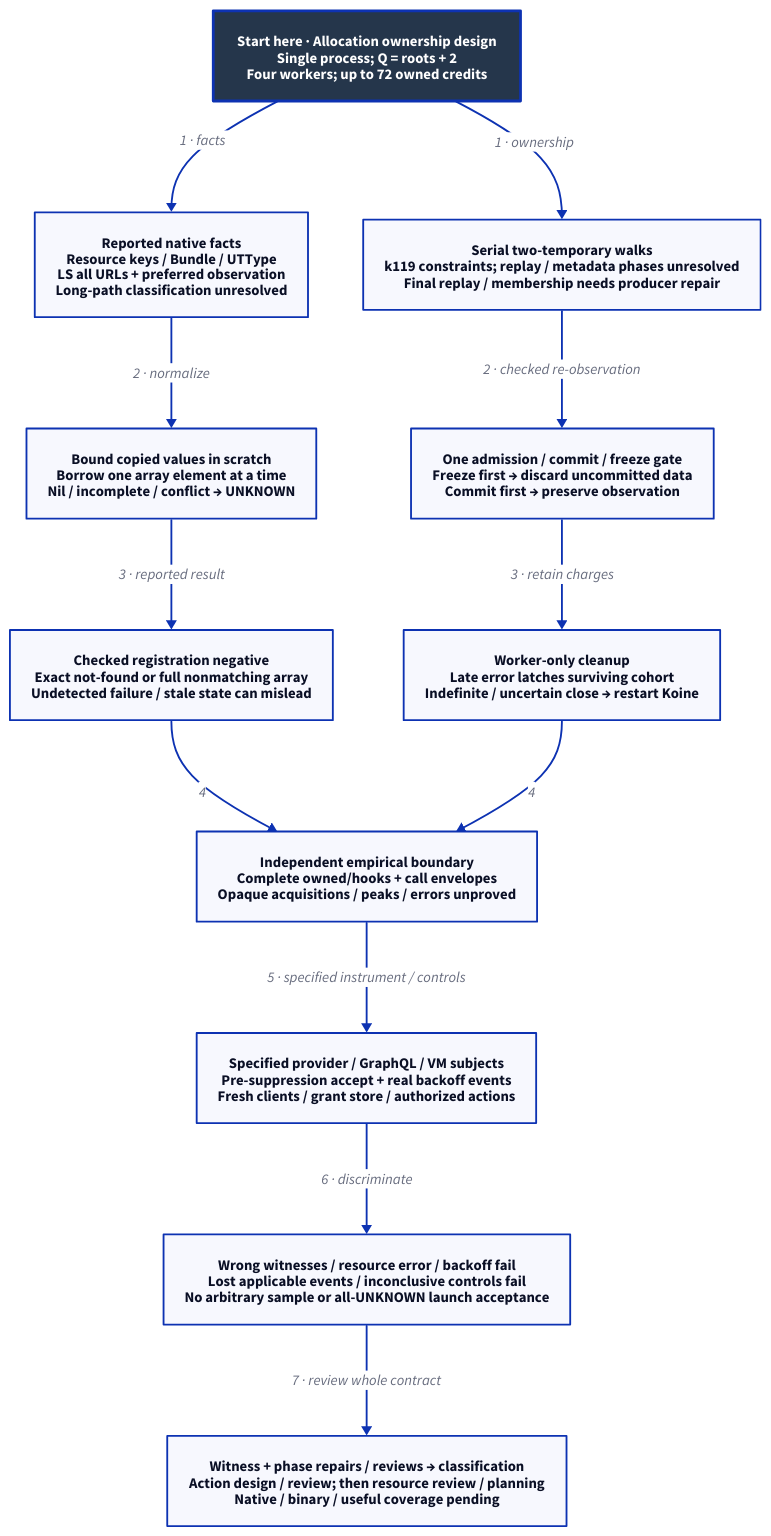
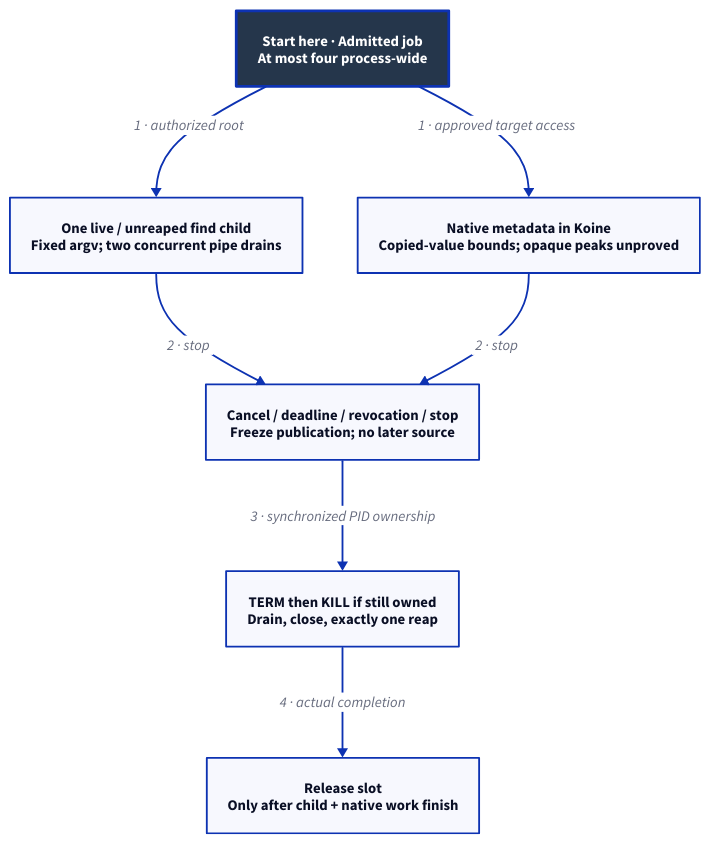
One commit to Linkuistics/Koine changed the diagram in docs/design/architecture/search-resources.d2. Above: the diagram before and after it, drawn with D2. The commit also changed 142 other files, not shown here.

```diff
--- a/docs/design/architecture/search-resources.d2
+++ b/docs/design/architecture/search-resources.d2
@@ -1,27 +1,17 @@
-# Allocation ownership/subject construction design; path integration pending; review, execution and native acceptance pending.
+# Selected mechanism, subject to human choices/review/native acceptance.
 direction: down
 classes: {
   start: {style: {fill: "#25364B"; font-color: "#FFFFFF"; bold: true; stroke-width: 3}}
 }
-Start: "Start here · Allocation ownership design\nSingle process; Q = roots + 2\nFour workers; up to 72 owned credits" {class: start}
-Facts: "Reported native facts\nResource keys / Bundle / UTType\nLS all URLs + preferred observation\nLong-path classification unresolved"
-Values: "Bound copied values in scratch\nBorrow one array element at a time\nNil / incomplete / conflict → UNKNOWN"
-Meaning: "Checked registration negative\nExact not-found or full nonmatching array\nUndetected failure / stale state can mislead"
-Ownership: "Serial two-temporary walks\nk119 constraints; replay / metadata phases unresolved\nFinal replay / membership needs producer repair"
-Gate: "One admission / commit / freeze gate\nFreeze first → discard uncommitted data\nCommit first → preserve observation"
-Recovery: "Worker-only cleanup\nLate error latches surviving cohort\nIndefinite / uncertain close → restart Koine"
-Evidence: "Independent empirical boundary\nComplete owned/hooks + call envelopes\nOpaque acquisitions / peaks / errors unproved"
-Subjects: "Specified provider / GraphQL / VM subjects\nPre-suppression accept + real backoff events\nFresh clients / grant store / authorized actions"
-Failures: "Wrong witnesses / resource error / backoff fail\nLost applicable events / inconclusive controls fail\nNo arbitrary sample or all-UNKNOWN launch acceptance"
-Review: "Witness + phase repairs / reviews → classification\nAction design / review; then resource review / planning\nNative / binary / useful coverage pending"
-Start -> Facts: "1 · facts"
-Start -> Ownership: "1 · ownership"
-Facts -> Values: "2 · normalize"
-Values -> Meaning: "3 · reported result"
-Ownership -> Gate: "2 · checked re-observation"
-Gate -> Recovery: "3 · retain charges"
-Meaning -> Evidence: "4"
-Recovery -> Evidence: "4"
-Evidence -> Subjects: "5 · specified instrument / controls"
-Subjects -> Failures: "6 · discriminate"
-Failures -> Review: "7 · review whole contract"
+Start: "Start here · Admitted job\nAt most four process-wide" {class: start}
+Child: "One live / unreaped find child\nFixed argv; two concurrent pipe drains"
+Native: "Native metadata in Koine\nCopied-value bounds; opaque peaks unproved"
+Freeze: "Cancel / deadline / revocation / stop\nFreeze publication; no later source"
+Cleanup: "TERM then KILL if still owned\nDrain, close, exactly one reap"
+Release: "Release slot\nOnly after child + native work finish"
+Start -> Child: "1 · authorized root"
+Start -> Native: "1 · approved target access"
+Child -> Freeze: "2 · stop"
+Native -> Freeze: "2 · stop"
+Freeze -> Cleanup: "3 · synchronized PID ownership"
+Cleanup -> Release: "4 · actual completion"
```
